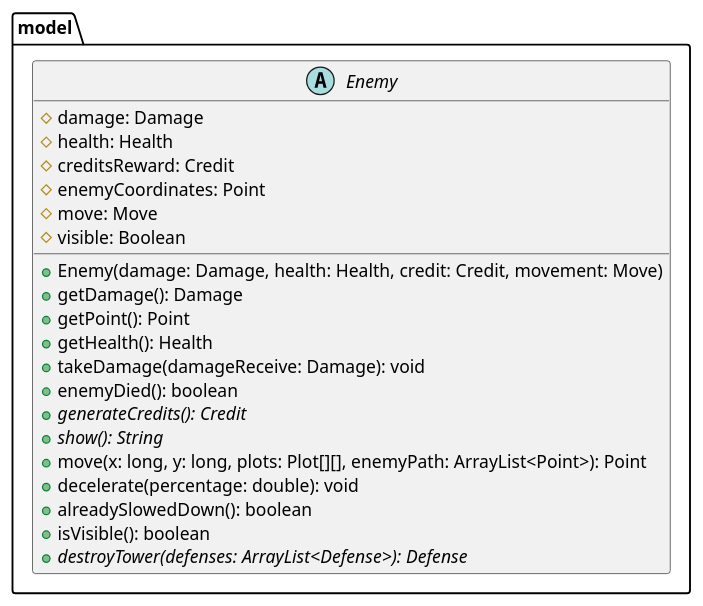
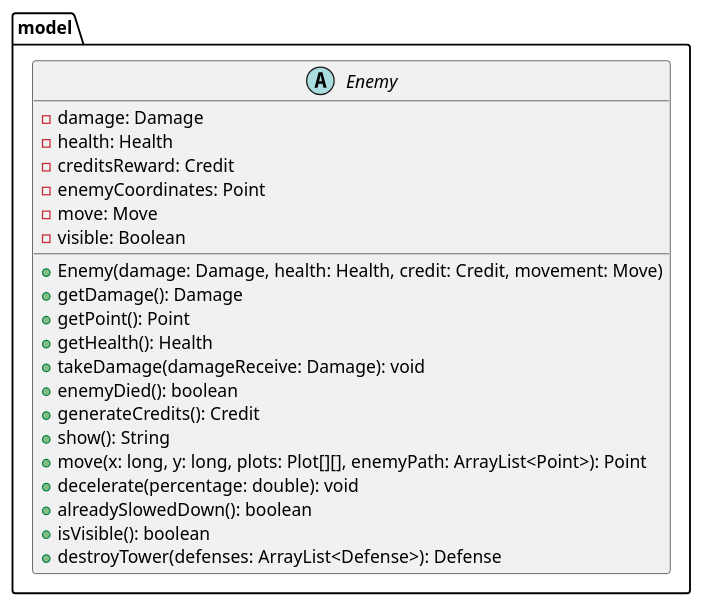
Before and after one commit to alejandrodelcs/algo3_tp2: the diagram in diagrams/classes/algoDefense/model/enemy/Enemy.puml, drawn with PlantUML. The commit also changed 63 other files, not shown here.

Commit message:
Every single class diagram done

```diff
--- a/diagrams/classes/algoDefense/model/enemy/Enemy.puml
+++ b/diagrams/classes/algoDefense/model/enemy/Enemy.puml
@@ -1,26 +1,25 @@
 @startuml
 package model {
     abstract class Enemy {
-        # damage: Damage
-        # health: Health
-        # creditsReward: Credit
-        # enemyCoordinates: Point
-        # move: Move
-        # visible: Boolean
-
-        + Enemy(damage: Damage, health: Health, credit: Credit, movement: Move)
-        + getDamage(): Damage
-        + getPoint(): Point
-        + getHealth(): Health
-        + takeDamage(damageReceive: Damage): void
-        + enemyDied(): boolean
-        + generateCredits(): Credit {abstract}
-        + show(): String {abstract}
-        + move(x: long, y: long, plots: Plot[][], enemyPath: ArrayList<Point>): Point
-        + decelerate(percentage: double): void
-        + alreadySlowedDown(): boolean
-        + isVisible(): boolean
-        + destroyTower(defenses: ArrayList<Defense>): Defense {abstract}
+      - damage: Damage
+      - health: Health
+      - creditsReward: Credit
+      - enemyCoordinates: Point
+      - move: Move
+      - visible: Boolean
+      + Enemy(damage: Damage, health: Health, credit: Credit, movement: Move)
+      + getDamage(): Damage
+      + getPoint(): Point
+      + getHealth(): Health
+      + takeDamage(damageReceive: Damage): void
+      + enemyDied(): boolean
+      + generateCredits(): Credit
+      + show(): String
+      + move(x: long, y: long, plots: Plot[][], enemyPath: ArrayList<Point>): Point
+      + decelerate(percentage: double): void
+      + alreadySlowedDown(): boolean
+      + isVisible(): boolean
+      + destroyTower(defenses: ArrayList<Defense>): Defense
     }
 }
 @enduml
```
